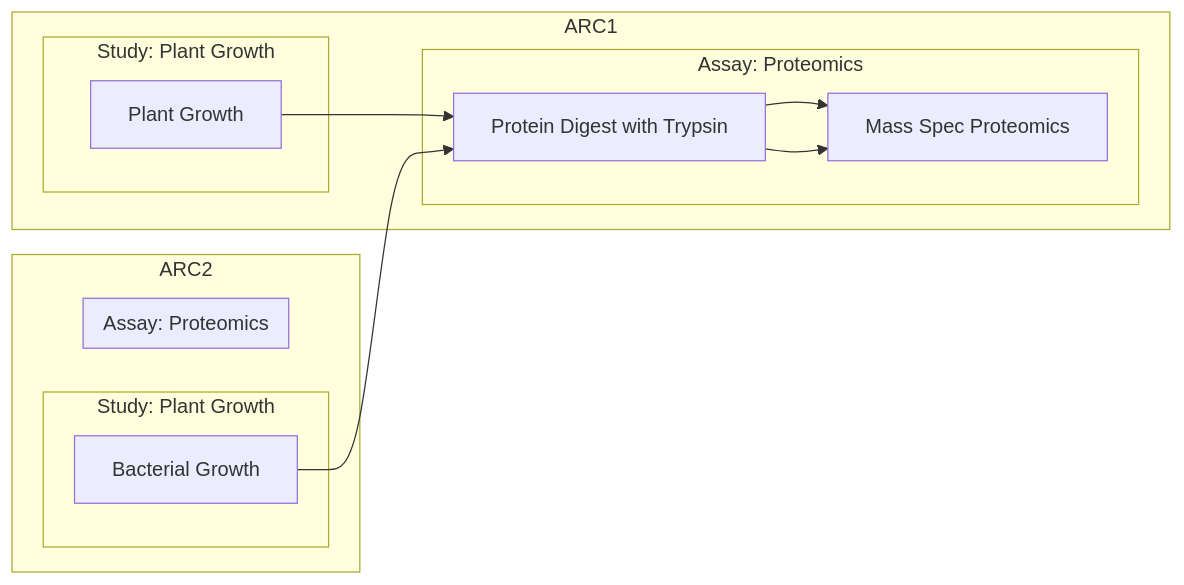
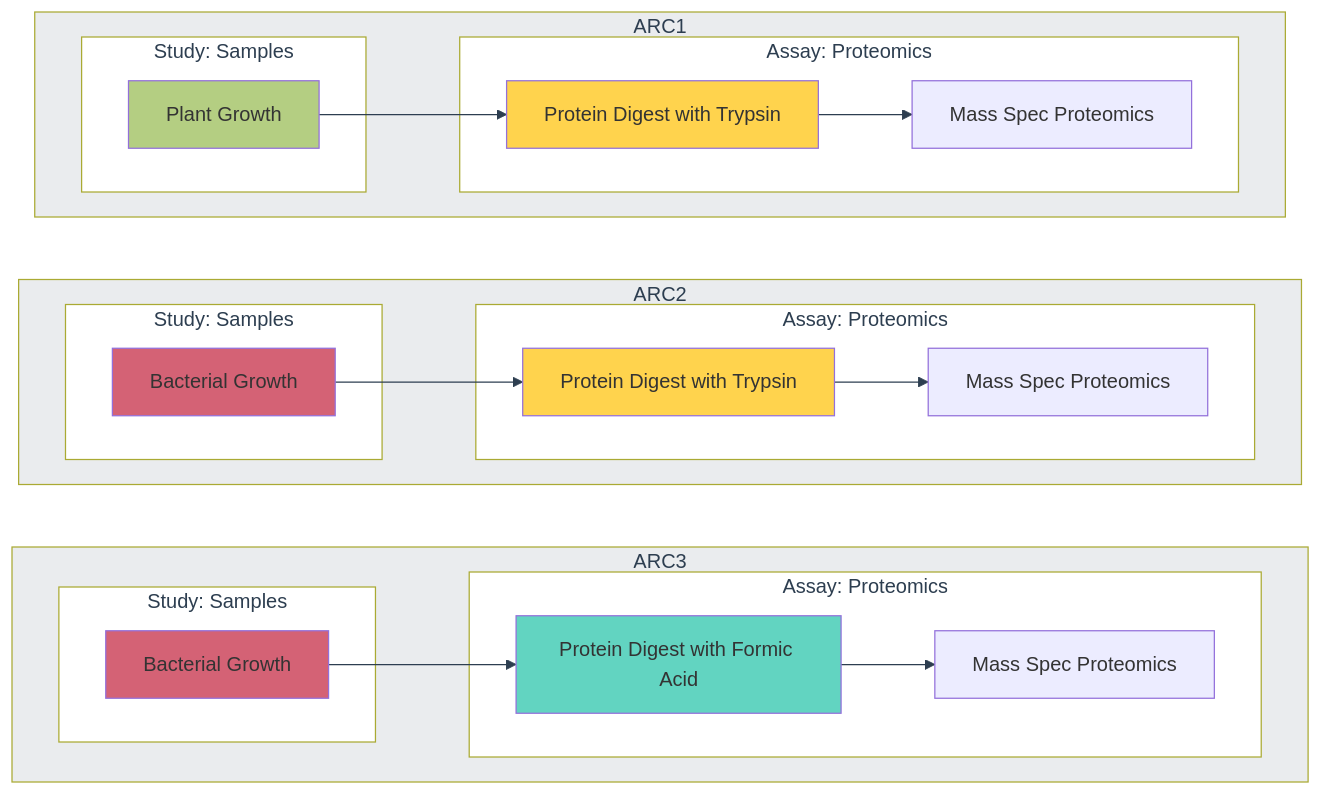
One commit to nfdi4plants/nfdi4plants.knowledgebase changed the diagram in src/content/docs/arctrl/use-cases/create-arc-template/create-arc-template.mdx. Above: the diagram before and after it, drawn with Mermaid. The commit also changed other lines of this file, not shown here.

Commit message:
polish sop example

````diff
--- a/src/content/docs/arctrl/use-cases/create-arc-template/create-arc-template.mdx
+++ b/src/content/docs/arctrl/use-cases/create-arc-template/create-arc-template.mdx
@@ -23,26 +24,59 @@
 ```mermaid
 flowchart LR
-  subgraph ARC1
-    subgraph Study: Plant Growth
-        A1[Plant Growth]
+  
+  subgraph ARC3
+    direction LR
+    subgraph s3[Study: Samples]
+        A31[Bacterial Growth]
     end
-    subgraph Assay: Proteomics
-        B1[Protein Digest with Trypsin]
-        B2[Mass Spec Proteomics]
+    subgraph a3[Assay: Proteomics]
+        B31[Protein Digest with Formic Acid]
+        B32[Mass Spec Proteomics]
     end
-    A1 --> B1
-    B1 --> B2
+    A31 --> B31
+    B31 --> B32
   end
   
   subgraph ARC2
-    subgraph Study: Plant Growth
-        A2[Bacterial Growth]
+    direction LR
+    subgraph s2[Study: Samples]
+        A21[Bacterial Growth]
     end
-    subgraph Assay: Proteomics
-        B1[Protein Digest with Trypsin]
-        B2[Mass Spec Proteomics]
+    subgraph a2[Assay: Proteomics]
+        B21[Protein Digest with Trypsin]
+        B22[Mass Spec Proteomics]
     end
-    A2 --> B1
-    B1 --> B2
+    A21 --> B21
+    B21 --> B22
   end
+
+  subgraph ARC1
+    direction LR
+    subgraph s1[Study: Samples]
+        A11[Plant Growth]
+    end
+    subgraph a1[Assay: Proteomics]
+        B11[Protein Digest with Trypsin]
+        B12[Mass Spec Proteomics]
+    end
+    A11 --> B11
+    B11 --> B12
+  end
+
+  linkStyle default stroke: #2D3E50  
+
+  classDef grey fill:#eaecee,color:#2D3E50;
+  classDef white fill:#ffffff,color:#2D3E50;
+  classDef mint fill:#62d4c1;
+  classDef yellow fill:#ffd34d;
+  classDef olive fill:#b4ce82;
+  classDef red30 fill:#D46275;
+  
+  class a1,a2,a3,s1,s2,s3 white;
+  class ARC1,ARC2,ARC3 grey;
+  class A11 olive;
+  class A21,A31 red30;
+  class B11,B21 yellow;
+  class B31 mint;
+  
 ```
````
